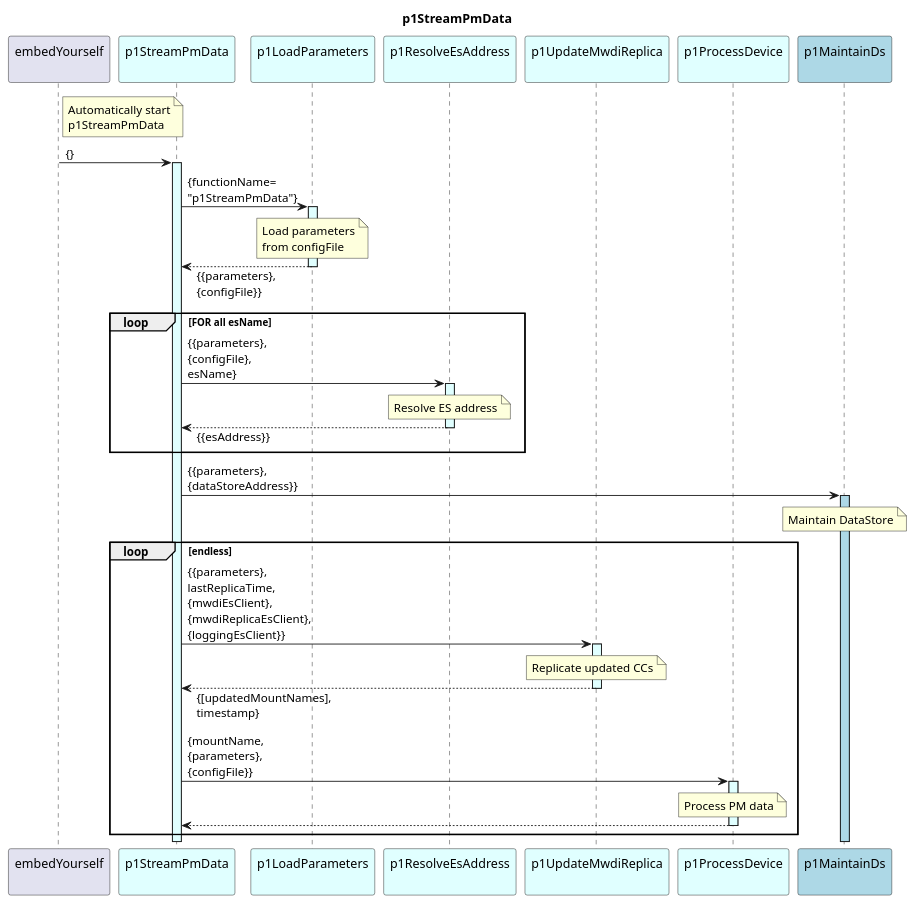
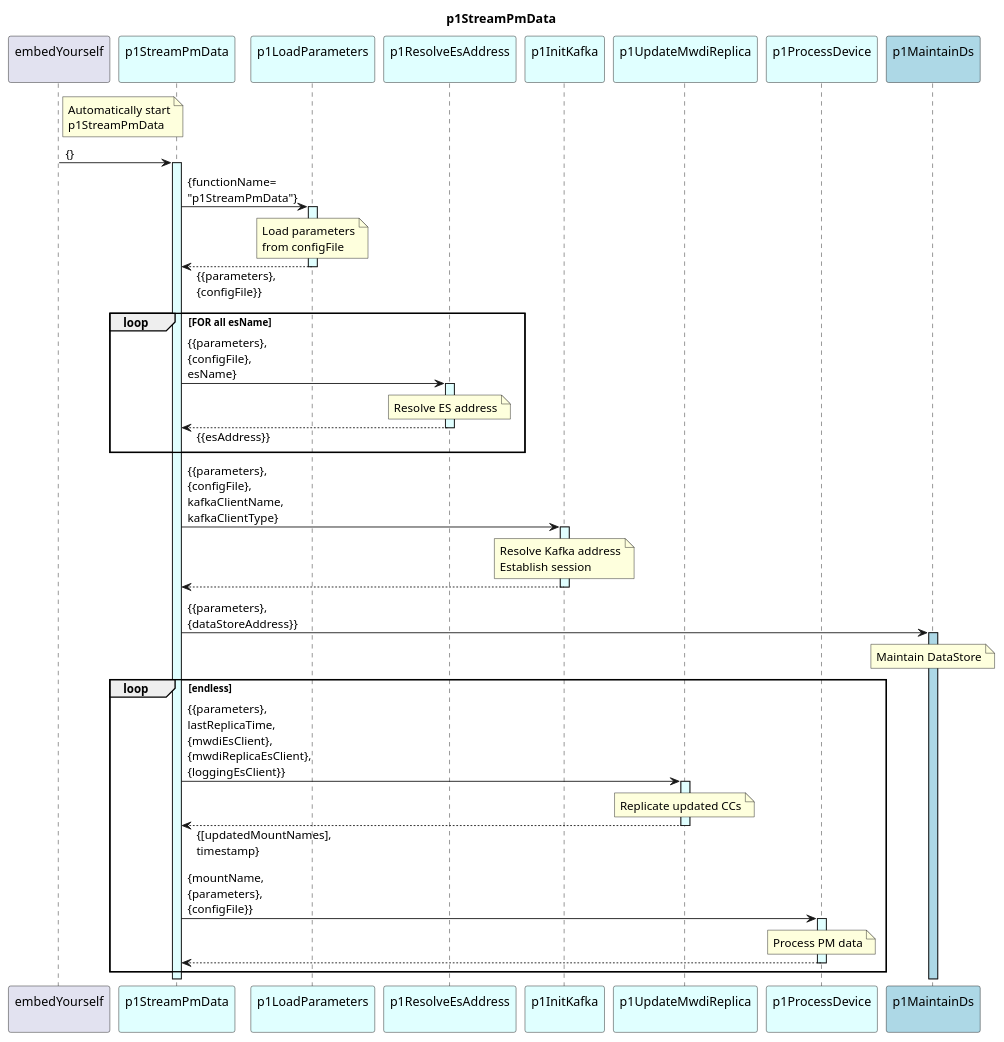
One commit to openBackhaul/DevicePerformanceManagementDataProcessor changed the diagram in spec/Functions/specificFunctions/p1StreamPmData/1.0.0/p1StreamPmData.plantuml. Above: the diagram before and after it, drawn with PlantUML. The commit also changed 8 other files, not shown here.

```diff
--- a/spec/Functions/specificFunctions/p1StreamPmData/1.0.0/p1StreamPmData.plantuml
+++ b/spec/Functions/specificFunctions/p1StreamPmData/1.0.0/p1StreamPmData.plantuml
@@ -1,68 +1,80 @@
 @startuml p1StreamPmData
 skinparam responseMessageBelowArrow true
 
 title
   p1StreamPmData
 end title
 
 participant "embedYourself\n" as embed
 participant "p1StreamPmData\n" as p1RMWDI #LightCyan
 participant "p1LoadParameters\n" as p1LP #LightCyan
 participant "p1ResolveEsAddress\n" as p1REA #LightCyan
+participant "p1InitKafka\n" as p1InitKafka #LightCyan
 participant "p1UpdateMwdiReplica\n" as p1UMR #LightCyan
 participant "p1ProcessDevice\n" as p1ProcessPm #LightCyan
 participant "p1MaintainDs\n" as p1MDS #LightBlue
 
 note right embed
   Automatically start
   p1StreamPmData
 end note
 embed -> p1RMWDI : {}
 activate p1RMWDI #LightCyan
 
   p1RMWDI -> p1LP : {functionName=\n"p1StreamPmData"}
   activate p1LP #LightCyan
     note over p1LP
       Load parameters
       from configFile
     end note
   p1RMWDI <-- p1LP : {{parameters},\n{configFile}}
   deactivate p1LP
 
   Loop FOR all esName
     p1RMWDI -> p1REA : {{parameters},\n{configFile},\nesName}
     activate p1REA #LightCyan
       note over p1REA
         Resolve ES address
       end note
     p1RMWDI <-- p1REA : {{esAddress}}
     deactivate p1REA
   end Loop
 
+  p1RMWDI -> p1InitKafka : {{parameters},\n{configFile},\nkafkaClientName,\nkafkaClientType}
+  activate p1InitKafka #LightCyan
+
+    note over p1InitKafka
+      Resolve Kafka address
+      Establish session
+    end note
+
+  p1RMWDI <-- p1InitKafka
+  deactivate p1InitKafka
+
   p1RMWDI -> p1MDS : {{parameters},\n{dataStoreAddress}}
   activate p1MDS #LightBlue
     note over p1MDS
       Maintain DataStore
     end note
 
   Loop endless
 
     p1RMWDI -> p1UMR : {{parameters},\nlastReplicaTime,\n{mwdiEsClient},\n{mwdiReplicaEsClient},\n{loggingEsClient}}
     activate p1UMR #LightCyan
       note over p1UMR
         Replicate updated CCs
       end note
     p1RMWDI <-- p1UMR : {[updatedMountNames],\ntimestamp}
     deactivate p1UMR
 
     p1RMWDI -> p1ProcessPm : {mountName,\n{parameters},\n{configFile}}
     activate p1ProcessPm #LightCyan
       note over p1ProcessPm
         Process PM data
       end note
     p1RMWDI <-- p1ProcessPm
     deactivate p1ProcessPm
 
   end Loop
 
 @enduml
```
